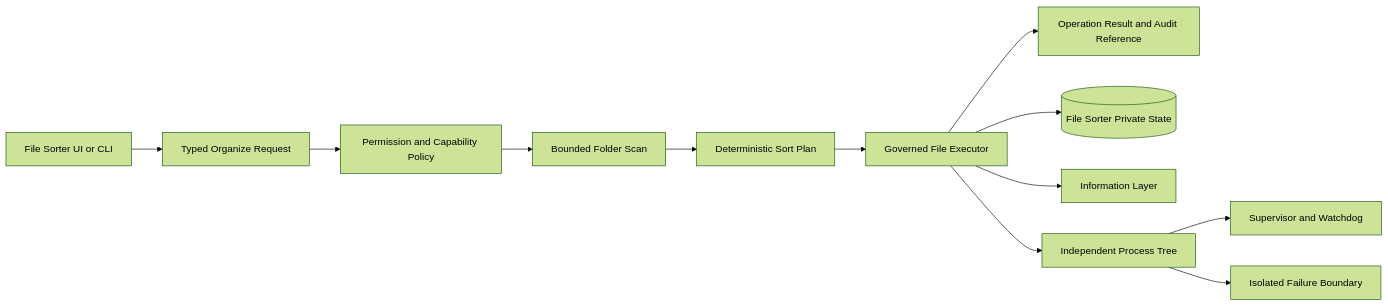
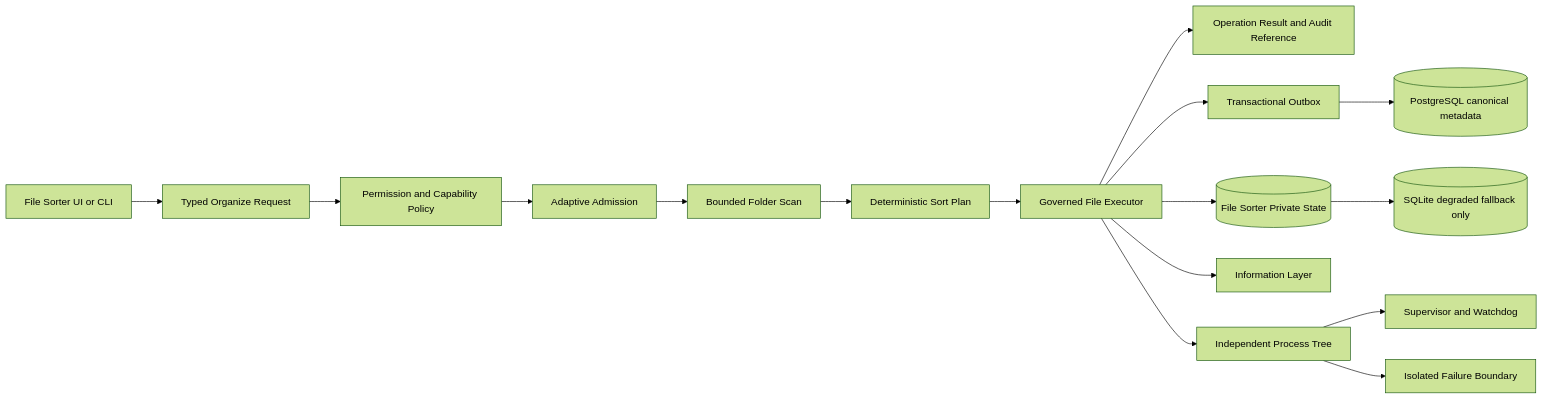
One commit to guilty442-source/GPTBridge changed the diagram in governance_rule/codex/architecture-tool-file-sorter.md. Above: the diagram before and after it, drawn with Mermaid (forest theme). The commit also changed other lines of this file and 9 other files, not shown here.

Commit message:
Codex: complete all 12 architecture diagrams (git, local-model, model-dialogue, ai-assistant, ai-collaboration, file-sorter, investment-mobile, vaultly) + hash rebind; blueprint synced

````diff
--- a/governance_rule/codex/architecture-tool-file-sorter.md
+++ b/governance_rule/codex/architecture-tool-file-sorter.md
@@ -3,14 +3,18 @@
 ```mermaid
 flowchart LR
   ENTRY[File Sorter UI or CLI] --> REQUEST[Typed Organize Request]
   REQUEST --> AUTH[Permission and Capability Policy]
-  AUTH --> SCAN[Bounded Folder Scan]
+  AUTH --> ADMIT[Adaptive Admission]
+  ADMIT --> SCAN[Bounded Folder Scan]
   SCAN --> PLAN[Deterministic Sort Plan]
   PLAN --> EXEC[Governed File Executor]
   EXEC --> RECEIPT[Operation Result and Audit Reference]
+  EXEC --> OUTBOX[Transactional Outbox]
+  OUTBOX --> PG[(PostgreSQL canonical metadata)]
   EXEC --> STATE[(File Sorter Private State)]
+  STATE --> SQLITE[(SQLite degraded fallback only)]
   EXEC --> INFO[Information Layer]
   PROC[Independent Process Tree] --> SUP[Supervisor and Watchdog]
   EXEC --> PROC
   PROC --> FAULT[Isolated Failure Boundary]
 ```
````
